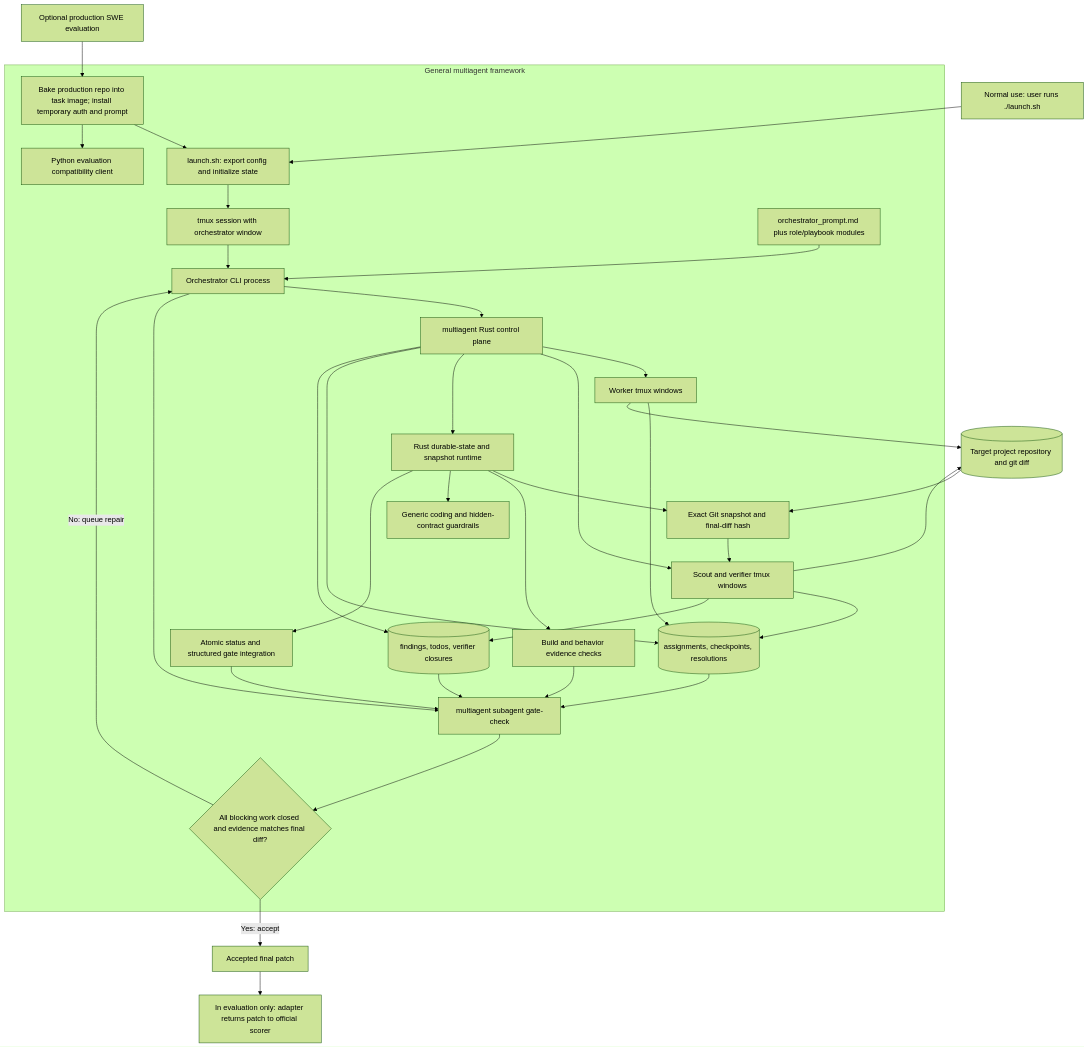
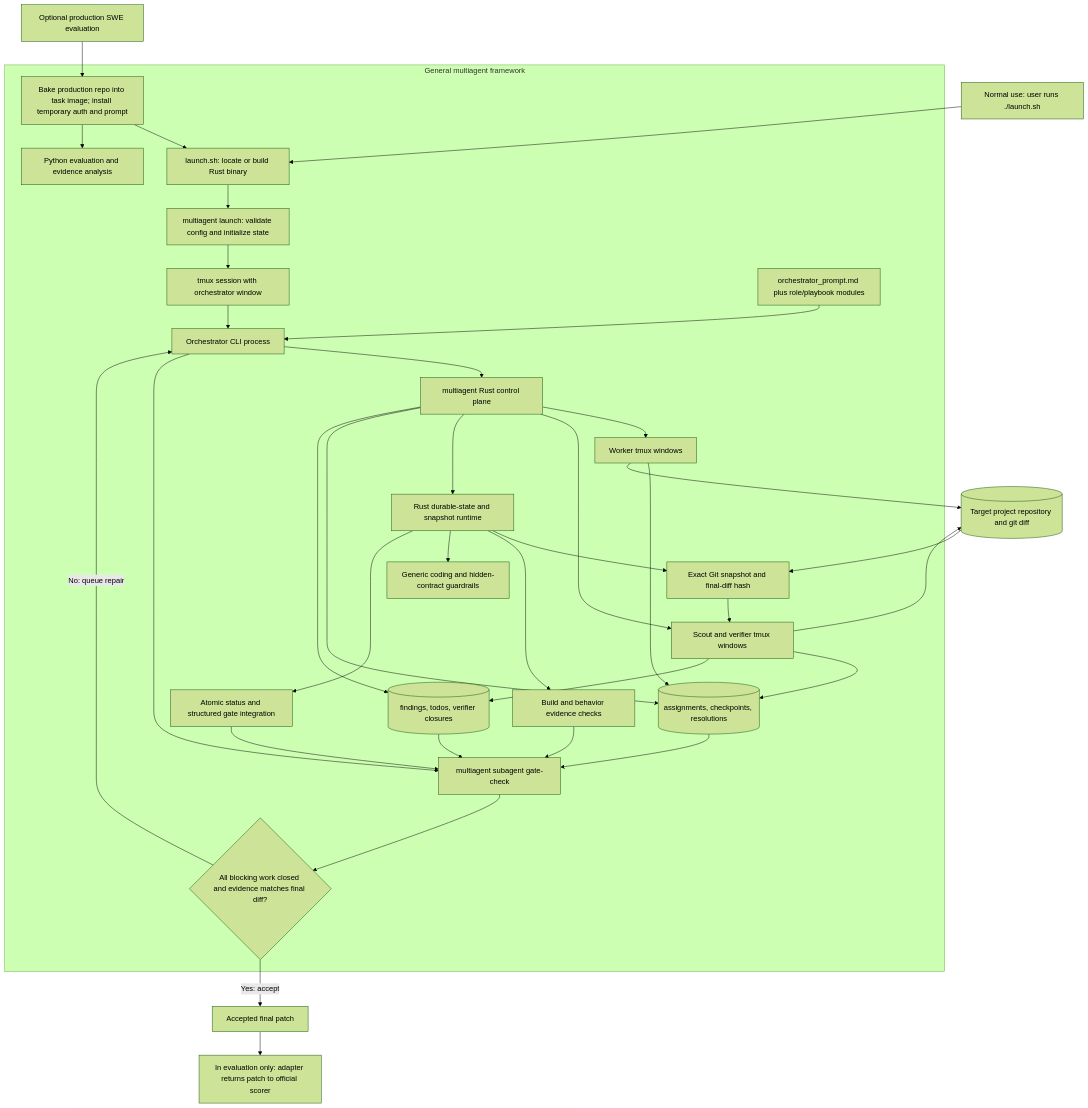
One commit to areshand/multiagent changed the diagram in docs/getting-started.md. Above: the diagram before and after it, drawn with Mermaid (forest theme). The commit also changed other lines of this file and 13 other files, not shown here.

````diff
--- a/docs/getting-started.md
+++ b/docs/getting-started.md
@@ -94,43 +93,44 @@
 ```mermaid
 flowchart TD
     User["Normal use: user runs ./launch.sh"] --> Launch
     Eval["Optional production SWE evaluation"] --> Adapter["Bake production repo into task image; install temporary auth and prompt"]
     Adapter --> Launch
 
     subgraph Framework["General multiagent framework"]
-        Launch["launch.sh: export config and initialize state"] --> Tmux["tmux session with orchestrator window"]
+        Launch["launch.sh: locate or build Rust binary"] --> RustLaunch["multiagent launch: validate config and initialize state"]
+        RustLaunch --> Tmux["tmux session with orchestrator window"]
         Prompts["orchestrator_prompt.md plus role/playbook modules"] --> Orchestrator["Orchestrator CLI process"]
         Tmux --> Orchestrator
         Orchestrator --> Helper["multiagent Rust control plane"]
 
         Helper --> Worker["Worker tmux windows"]
         Helper --> Verifier["Scout and verifier tmux windows"]
         Helper --> Runtime["Rust durable-state and snapshot runtime"]
         Runtime --> Snapshot["Exact Git snapshot and final-diff hash"]
         Runtime --> Evidence["Build and behavior evidence checks"]
         Runtime --> Guardrails["Generic coding and hidden-contract guardrails"]
         Runtime --> Status["Atomic status and structured gate integration"]
-        Adapter --> Python["Python evaluation compatibility client"]
+        Adapter --> Python["Python evaluation and evidence analysis"]
 
         Worker --> Durable[("assignments, checkpoints, resolutions")]
         Verifier --> Durable
         Verifier --> Findings[("findings, todos, verifier closures")]
         Helper --> Durable
         Helper --> Findings
         Snapshot --> Verifier
 
         Orchestrator --> Gate["multiagent subagent gate-check"]
         Durable --> Gate
         Findings --> Gate
         Evidence --> Gate
         Status --> Gate
         Gate --> Decision{"All blocking work closed and evidence matches final diff?"}
         Decision -- "No: queue repair" --> Orchestrator
     end
 
     Worker --> Repo[("Target project repository and git diff")]
     Verifier --> Repo
     Repo --> Snapshot
     Decision -- "Yes: accept" --> Result["Accepted final patch"]
     Result --> AdapterResult["In evaluation only: adapter returns patch to official scorer"]
 ```
````
